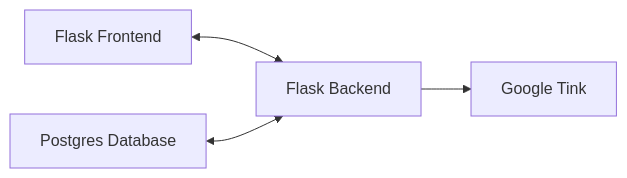
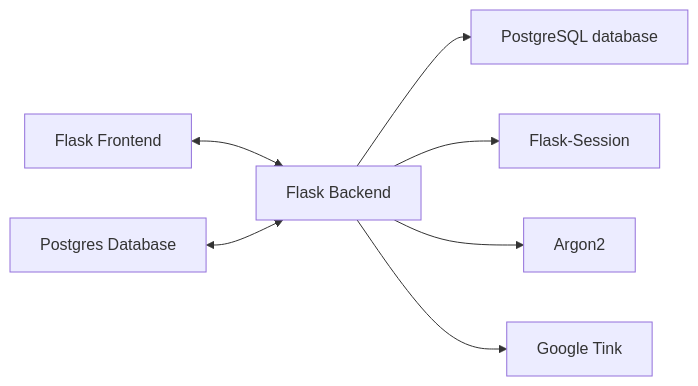
One commit to GuillaumeDorschner/ESILV-Cryptography-S8-1 changed the first of 3 diagrams in README.md. Above: the diagram before and after it, drawn with Mermaid. The commit also changed other lines of this file and 5 other files, not shown here.

````diff
--- a/README.md
+++ b/README.md
@@ -25,6 +27,9 @@
 ```mermaid
 graph LR
     Front[Flask Frontend] <--> Server
     Database[Postgres Database] <--> Server
+    Server[Flask Backend] --> Postgres[PostgreSQL database]
+    Server[Flask Backend] --> Flask-Session[Flask-Session]
+    Server[Flask Backend] --> Argon2[Argon2]
     Server[Flask Backend] --> Tink[Google Tink]
 ```
````
